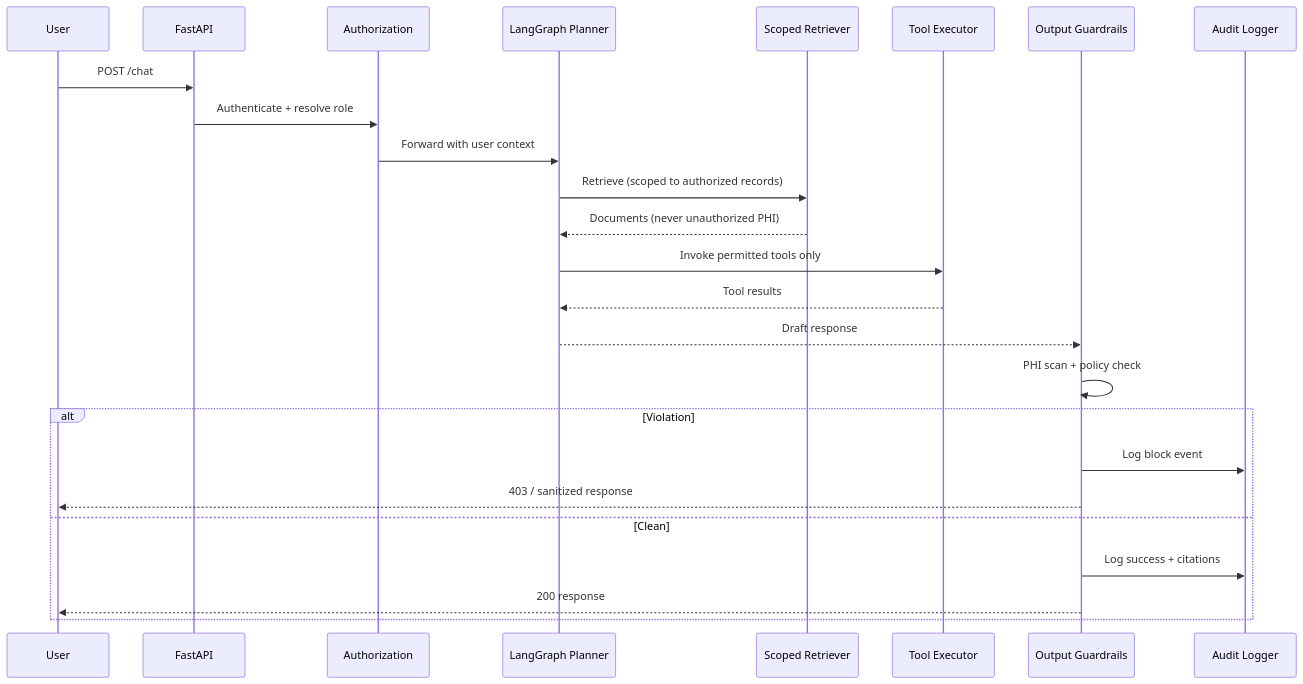
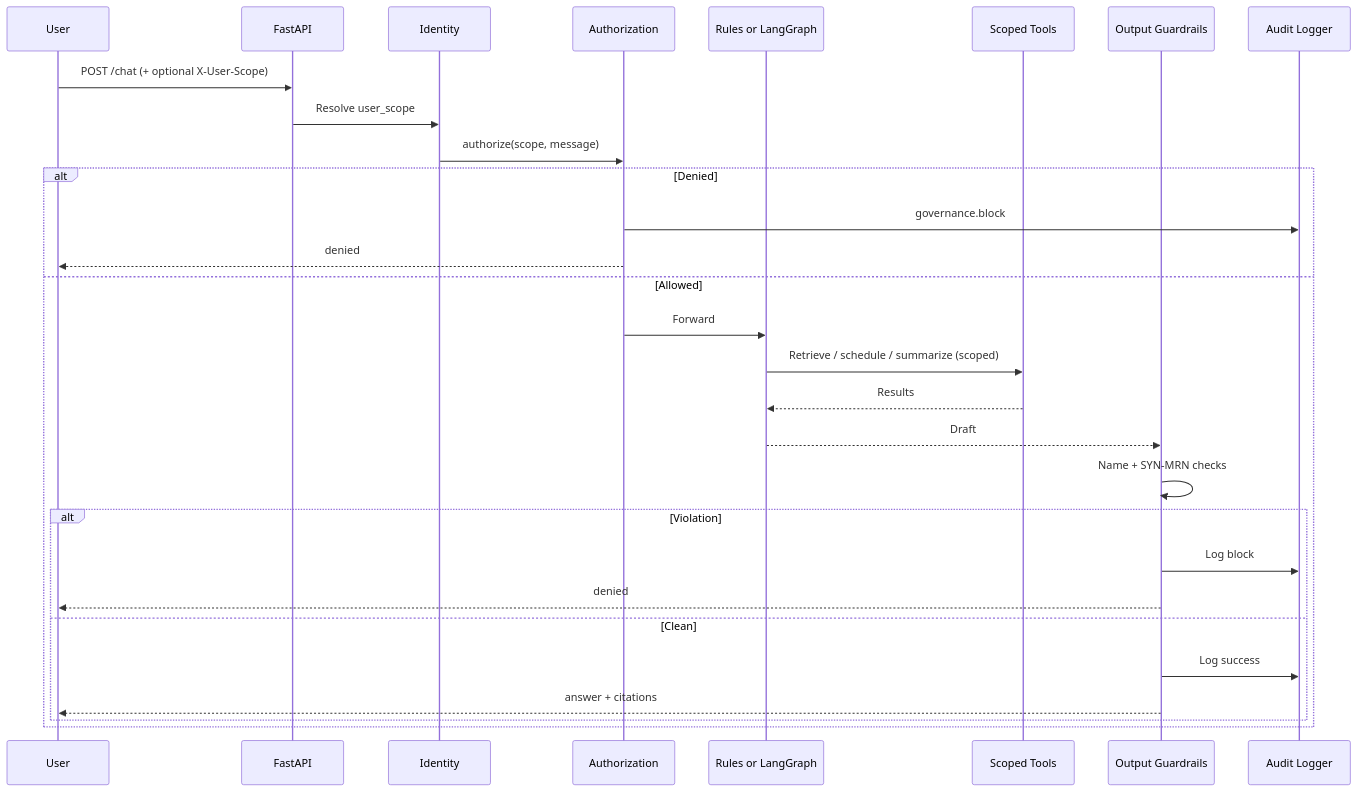
Before and after one commit to leroyjware/agentic-governance: the diagram in docs/RUNTIME-GOVERNANCE.md, drawn with Mermaid. The commit also changed other lines of this file and 45 other files, not shown here.

````diff
--- a/docs/RUNTIME-GOVERNANCE.md
+++ b/docs/RUNTIME-GOVERNANCE.md
@@ -9,28 +9,32 @@
 ```mermaid
 sequenceDiagram
   participant U as User
   participant API as FastAPI
+  participant ID as Identity
   participant Auth as Authorization
-  participant G as LangGraph Planner
-  participant RAG as Scoped Retriever
-  participant Tools as Tool Executor
+  participant Eng as Rules or LangGraph
+  participant Tools as Scoped Tools
   participant Guard as Output Guardrails
   participant Audit as Audit Logger
 
-  U->>API: POST /chat
-  API->>Auth: Authenticate + resolve role
-  Auth->>G: Forward with user context
-  G->>RAG: Retrieve (scoped to authorized records)
-  RAG-->>G: Documents (never unauthorized PHI)
-  G->>Tools: Invoke permitted tools only
-  Tools-->>G: Tool results
-  G-->>Guard: Draft response
-  Guard->>Guard: PHI scan + policy check
-  alt Violation
-    Guard->>Audit: Log block event
-    Guard-->>U: 403 / sanitized response
-  else Clean
-    Guard->>Audit: Log success + citations
-    Guard-->>U: 200 response
+  U->>API: POST /chat (+ optional X-User-Scope)
+  API->>ID: Resolve user_scope
+  ID->>Auth: authorize(scope, message)
+  alt Denied
+    Auth->>Audit: governance.block
+    Auth-->>U: denied
+  else Allowed
+    Auth->>Eng: Forward
+    Eng->>Tools: Retrieve / schedule / summarize (scoped)
+    Tools-->>Eng: Results
+    Eng-->>Guard: Draft
+    Guard->>Guard: Name + SYN-MRN checks
+    alt Violation
+      Guard->>Audit: Log block
+      Guard-->>U: denied
+    else Clean
+      Guard->>Audit: Log success
+      Guard-->>U: answer + citations
+    end
   end
 ```
````
